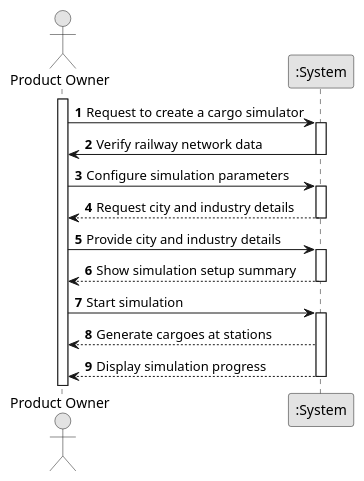
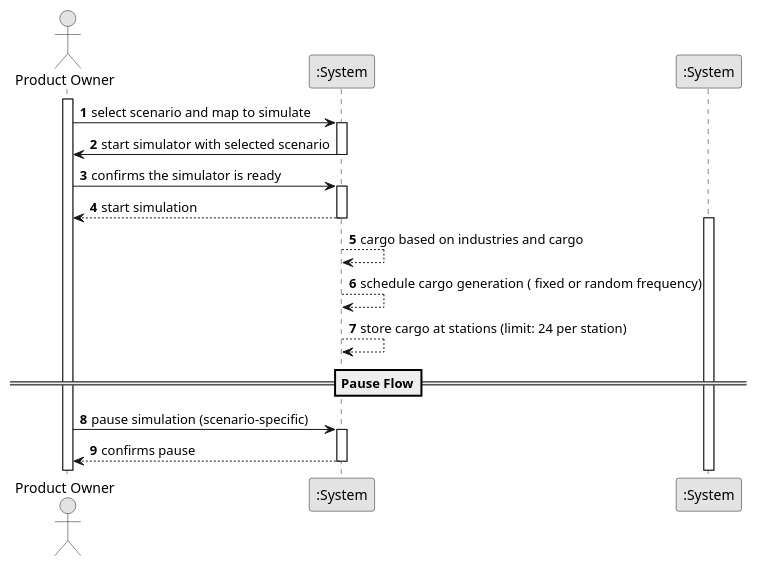
The diagram in docs/(template-files)/US12/01.requirements-engineering.us12/us-Diagram/us12Diagram.puml (Andremonteiro1240850/railway_simulator), drawn with PlantUML before and after one commit. The commit also changed 2 other files, not shown here.

Commit message:
atualization of requirements diagrams of US,9,10 and 12 based on customer clarifications

```diff
--- a/docs/(template-files)/US12/01.requirements-engineering.us12/us-Diagram/us12Diagram.puml
+++ b/docs/(template-files)/US12/01.requirements-engineering.us12/us-Diagram/us12Diagram.puml
@@ -1,40 +1,39 @@
 @startuml
 skinparam monochrome true
 skinparam packageStyle rectangle
 skinparam shadowing false
 
 autonumber
 
 actor "Product Owner" as PO
 participant ":System" as System
 
 activate PO
 
-    PO -> System : Request to create a cargo simulator
+    PO -> System : select scenario and map to simulate
         activate System
 
-    System -> PO : Verify railway network data
+    System -> PO :  start simulator with selected scenario
     deactivate System
 
-    PO -> System : Configure simulation parameters
+    PO -> System : confirms the simulator is ready
         activate System
 
-    System --> PO : Request city and industry details
+    System --> PO : start simulation
         deactivate System
 
-    PO -> System : Provide city and industry details
+   activate ":System"
+        System --> System : cargo based on industries and cargo
+        System --> System : schedule cargo generation ( fixed or random frequency)
+        System --> System : store cargo at stations (limit: 24 per station)
+   ==Pause Flow==
+
+    PO -> System : pause simulation (scenario-specific)
         activate System
 
-    System --> PO : Show simulation setup summary
-        deactivate System
-
-    PO -> System : Start simulation
-        activate System
-
-    System --> PO : Generate cargoes at stations
-    System --> PO : Display simulation progress
+    System --> PO : confirms pause
         deactivate System
 
 
 
 @enduml
```
